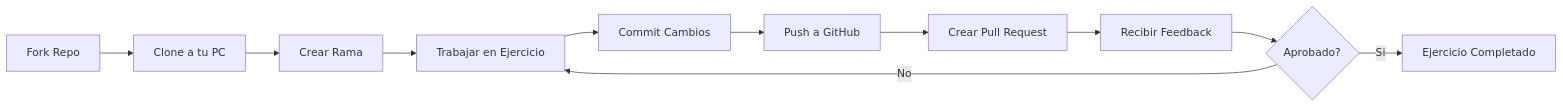
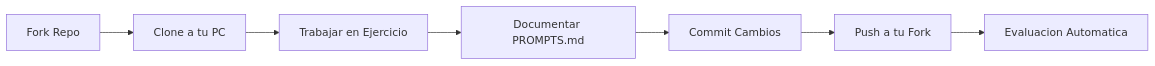
Before and after one commit to CarlosRivasplata/ejercicios-bigdata: the diagram in docs/guia-inicio/primer-ejercicio.md, drawn with Mermaid. The commit also changed other lines of this file and 17 other files, not shown here.

````diff
--- a/docs/guia-inicio/primer-ejercicio.md
+++ b/docs/guia-inicio/primer-ejercicio.md
@@ -7,13 +7,9 @@
 ```mermaid
 graph LR
     A[Fork Repo] --> B[Clone a tu PC]
-    B --> C[Crear Rama]
-    C --> D[Trabajar en Ejercicio]
+    B --> C[Trabajar en Ejercicio]
+    C --> D[Documentar PROMPTS.md]
     D --> E[Commit Cambios]
-    E --> F[Push a GitHub]
-    F --> G[Crear Pull Request]
-    G --> H[Recibir Feedback]
-    H --> I{Aprobado?}
-    I -->|No| D
-    I -->|Si| J[Ejercicio Completado]
+    E --> F[Push a tu Fork]
+    F --> G[Evaluacion Automatica]
 ```
````
